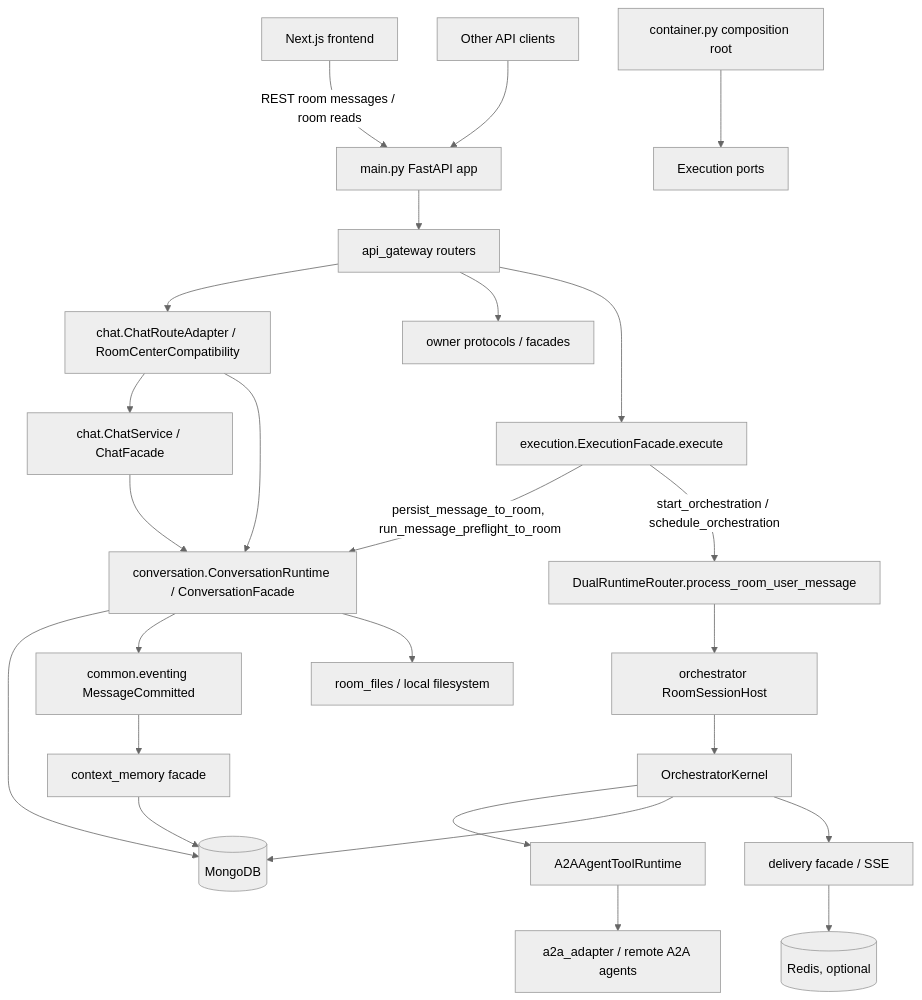
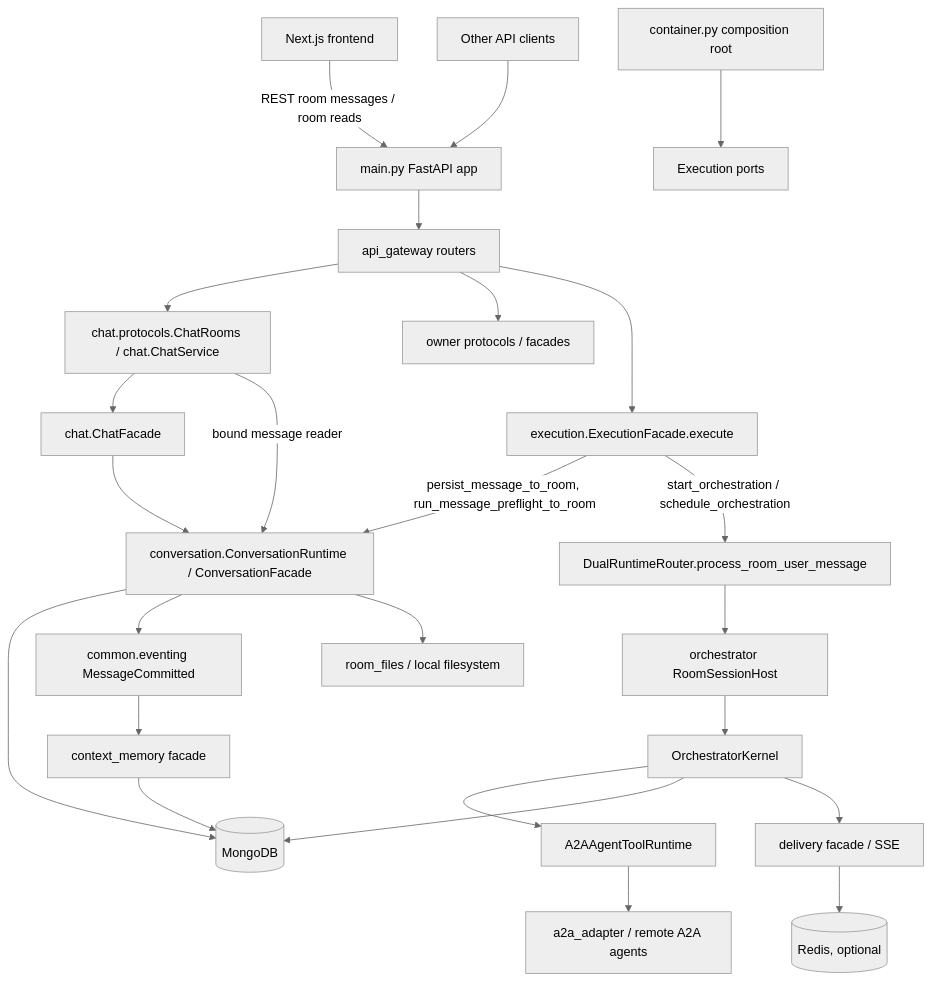
Before and after one commit to JeromeOvO/hybro: the diagram in backend/docs/System-Architecture.md, drawn with Mermaid (neutral theme). The commit also changed other lines of this file and 33 other files, not shown here.

First line of the commit message:
refactor(chat): serve room routes through a typed ChatRooms port

````diff
--- a/backend/docs/System-Architecture.md
+++ b/backend/docs/System-Architecture.md
@@ -236,29 +239,29 @@
 ```mermaid
 flowchart TD
     Frontend[Next.js frontend] -->|REST room messages / room reads| FastAPI[main.py FastAPI app]
     APIClient[Other API clients] --> FastAPI
     FastAPI --> APIGateway[api_gateway routers]
-    APIGateway --> ChatRoutes[chat.ChatRouteAdapter / RoomCenterCompatibility]
+    APIGateway --> ChatRoutes[chat.protocols.ChatRooms / chat.ChatService]
     APIGateway --> OwnerPorts[owner protocols / facades]
     APIGateway --> Execution[execution.ExecutionFacade.execute]
-    ChatRoutes --> Chat[chat.ChatService / ChatFacade]
-    ChatRoutes --> Conversation
+    ChatRoutes --> Chat[chat.ChatFacade]
+    ChatRoutes -->|bound message reader| Conversation
     Chat --> Conversation[conversation.ConversationRuntime / ConversationFacade]
 
     Container[container.py composition root] --> ExecutionPorts[Execution ports]
     Execution -->|persist_message_to_room, run_message_preflight_to_room| Conversation
     Execution -->|start_orchestration / schedule_orchestration| Router[DualRuntimeRouter.process_room_user_message]
     Router --> SessionHost[orchestrator RoomSessionHost]
     SessionHost --> Kernel[OrchestratorKernel]
     Kernel --> ToolRuntime[A2AAgentToolRuntime]
     ToolRuntime --> A2A[a2a_adapter / remote A2A agents]
     Kernel --> Mongo[(MongoDB)]
     Kernel --> Delivery[delivery facade / SSE]
 
     Conversation --> Mongo
     Conversation --> InternalEventing[common.eventing MessageCommitted]
     InternalEventing --> ContextMemory[context_memory facade]
     Conversation --> RoomFiles[room_files / local filesystem]
     ContextMemory --> Mongo
     Delivery --> Redis[(Redis, optional)]
 ```
````
